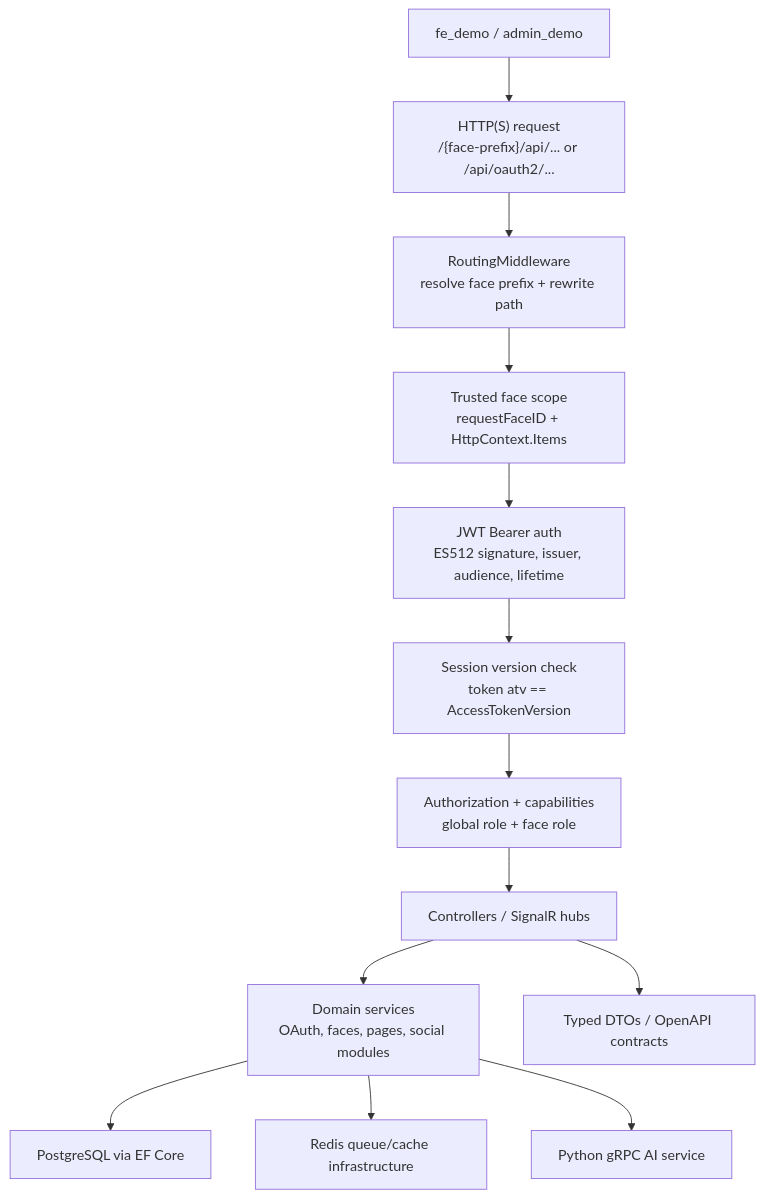
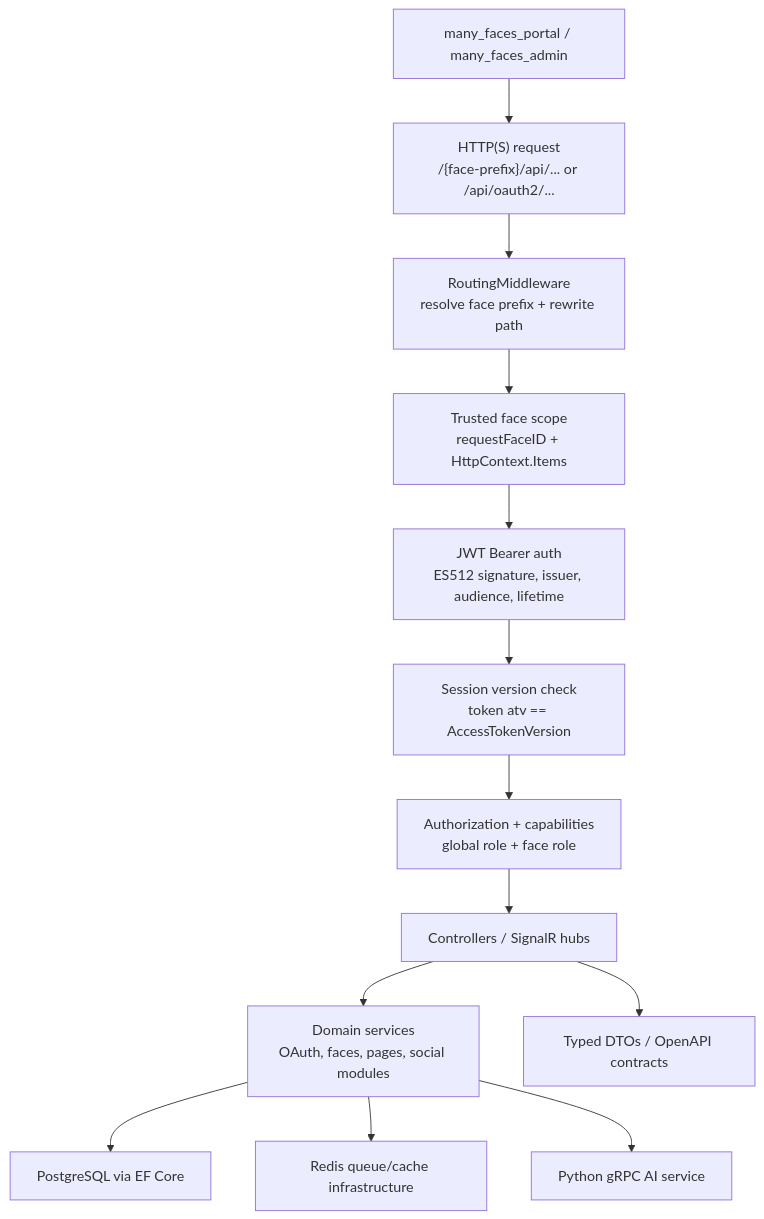
The sixth of 9 diagrams in README.md (01laky/mfai_demo), drawn with Mermaid before and after one commit. The commit also changed other lines of this file and 16 other files, not shown here.

Commit message:
chore: many_faces naming, dev network, and docs sweep

````diff
--- a/README.md
+++ b/README.md
@@ -156,15 +156,15 @@
 ```mermaid
 flowchart TD
-    client["fe_demo / admin_demo"] --> request["HTTP(S) request<br/>/{face-prefix}/api/... or /api/oauth2/..."]
+    client["many_faces_portal / many_faces_admin"] --> request["HTTP(S) request<br/>/{face-prefix}/api/... or /api/oauth2/..."]
     request --> routing["RoutingMiddleware<br/>resolve face prefix + rewrite path"]
     routing --> scope["Trusted face scope<br/>requestFaceID + HttpContext.Items"]
     scope --> auth["JWT Bearer auth<br/>ES512 signature, issuer, audience, lifetime"]
     auth --> session["Session version check<br/>token atv == AccessTokenVersion"]
     session --> acl["Authorization + capabilities<br/>global role + face role"]
     acl --> controllers["Controllers / SignalR hubs"]
     controllers --> services["Domain services<br/>OAuth, faces, pages, social modules"]
     services --> db["PostgreSQL via EF Core"]
     services --> redis["Redis queue/cache infrastructure"]
     services --> ai["Python gRPC AI service"]
     controllers --> dto["Typed DTOs / OpenAPI contracts"]
 ```
````
